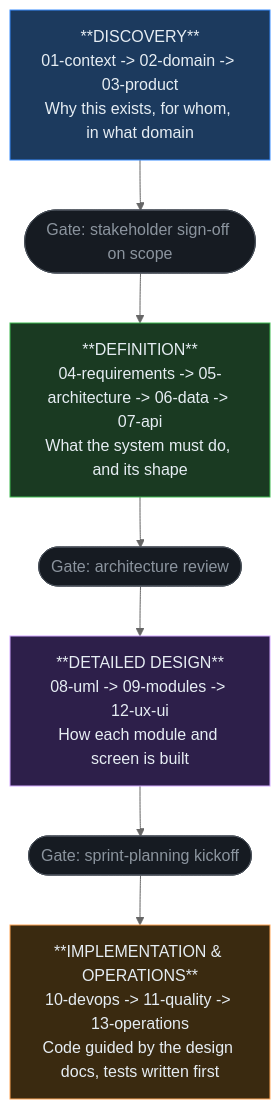
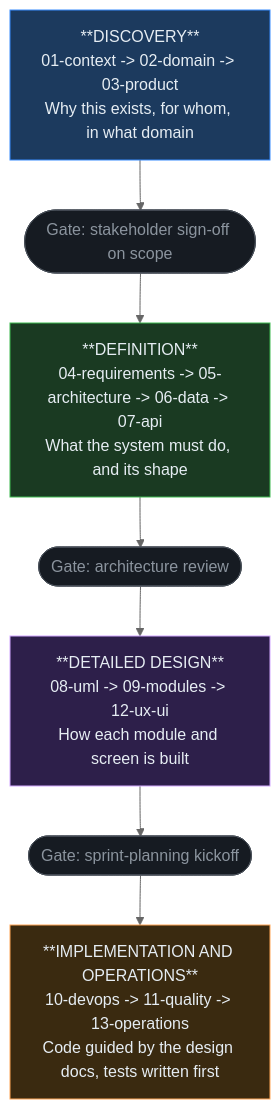
Before and after one commit to Naudi13/budget-tracker: the diagram in docs/00-sdd-guide.md, drawn with Mermaid (neutral theme). The commit also changed other lines of this file and 1 other file, not shown here.

````diff
--- a/docs/00-sdd-guide.md
+++ b/docs/00-sdd-guide.md
@@ -39,20 +39,20 @@
 ```mermaid
 flowchart TD
     P1["**DISCOVERY**\n01-context -> 02-domain -> 03-product\nWhy this exists, for whom, in what domain"]
     G1(["Gate: stakeholder sign-off on scope"])
     P2["**DEFINITION**\n04-requirements -> 05-architecture -> 06-data -> 07-api\nWhat the system must do, and its shape"]
     G2(["Gate: architecture review"])
     P3["**DETAILED DESIGN**\n08-uml -> 09-modules -> 12-ux-ui\nHow each module and screen is built"]
     G3(["Gate: sprint-planning kickoff"])
-    P4["**IMPLEMENTATION & OPERATIONS**\n10-devops -> 11-quality -> 13-operations\nCode guided by the design docs, tests written first"]
+    P4["**IMPLEMENTATION AND OPERATIONS**\n10-devops -> 11-quality -> 13-operations\nCode guided by the design docs, tests written first"]
 
     P1 --> G1 --> P2 --> G2 --> P3 --> G3 --> P4
 
     style P1 fill:#1c3a5e,stroke:#388bfd,color:#e6edf3
     style P2 fill:#1a3a22,stroke:#3fb950,color:#e6edf3
     style P3 fill:#2d1f4a,stroke:#d2a8ff,color:#e6edf3
     style P4 fill:#3a2a10,stroke:#ffa657,color:#e6edf3
     style G1 fill:#161b22,stroke:#484f58,color:#8b949e
     style G2 fill:#161b22,stroke:#484f58,color:#8b949e
     style G3 fill:#161b22,stroke:#484f58,color:#8b949e
 ```
````
